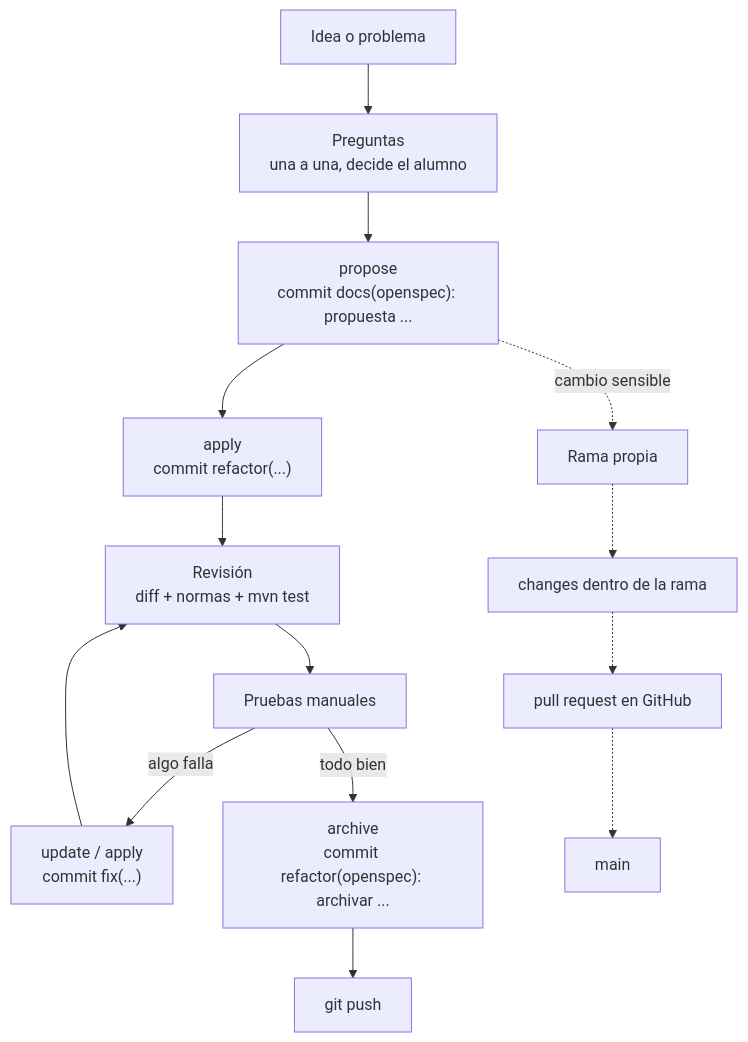
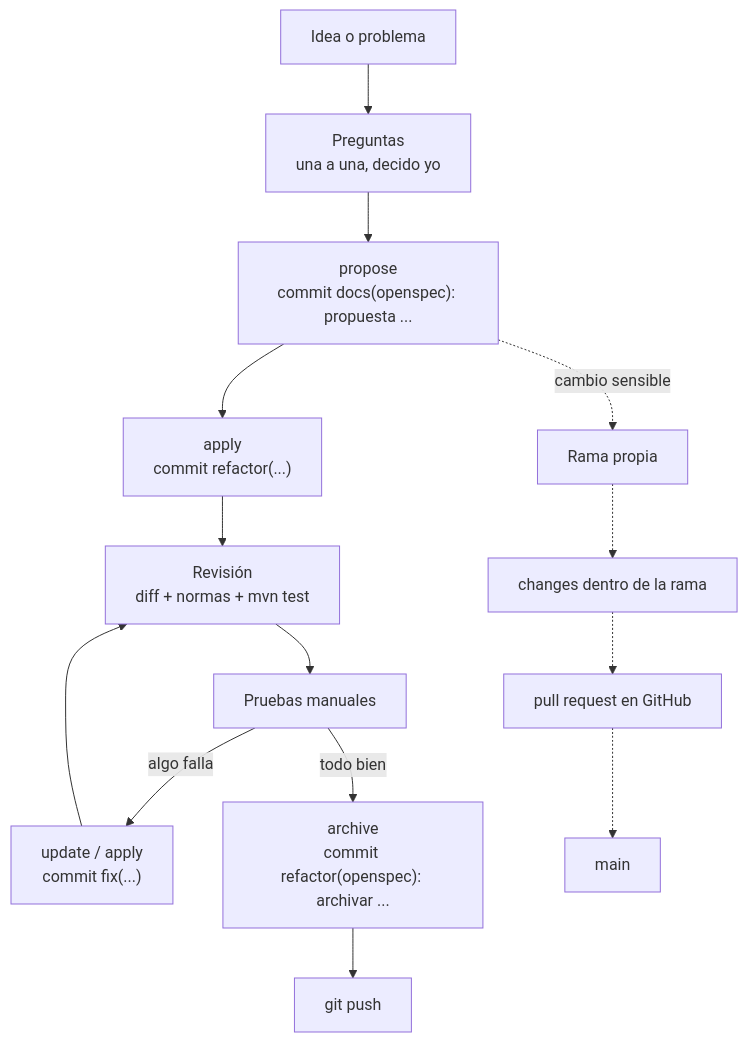
One commit to jribanezgarcia/factura_prueba changed the diagram in docs/metodologia.md. Above: the diagram before and after it, drawn with Mermaid. The commit also changed other lines of this file and 3 other files, not shown here.

````diff
--- a/docs/metodologia.md
+++ b/docs/metodologia.md
@@ -118,17 +118,17 @@
 ```mermaid
 flowchart TD
-    A["Idea o problema"] --> B["Preguntas<br/>una a una, decide el alumno"]
+    A["Idea o problema"] --> B["Preguntas<br/>una a una, decido yo"]
     B --> C["propose<br/>commit docs(openspec): propuesta ..."]
     C --> D["apply<br/>commit refactor(...)"]
     D --> E["Revisión<br/>diff + normas + mvn test"]
     E --> F["Pruebas manuales"]
     F -->|"algo falla"| G["update / apply<br/>commit fix(...)"]
     G --> E
     F -->|"todo bien"| H["archive<br/>commit refactor(openspec): archivar ..."]
     H --> I["git push"]
 
     C -.->|"cambio sensible"| R["Rama propia"]
     R -.-> S["changes dentro de la rama"]
     S -.-> T["pull request en GitHub"]
     T -.-> J["main"]
 ```
````
